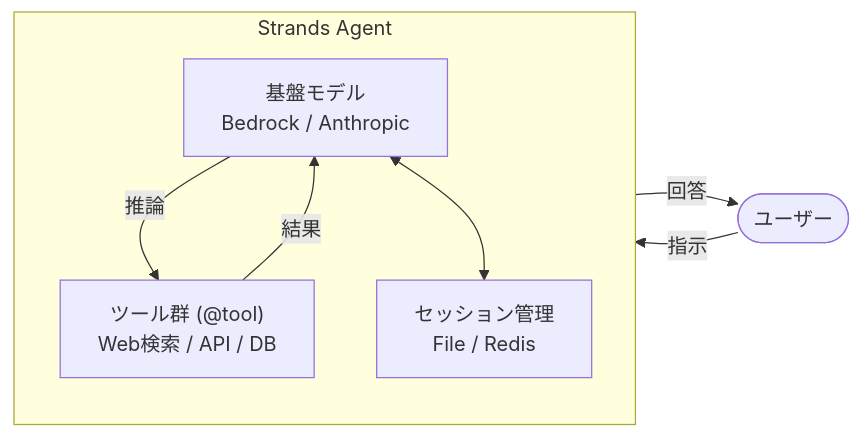
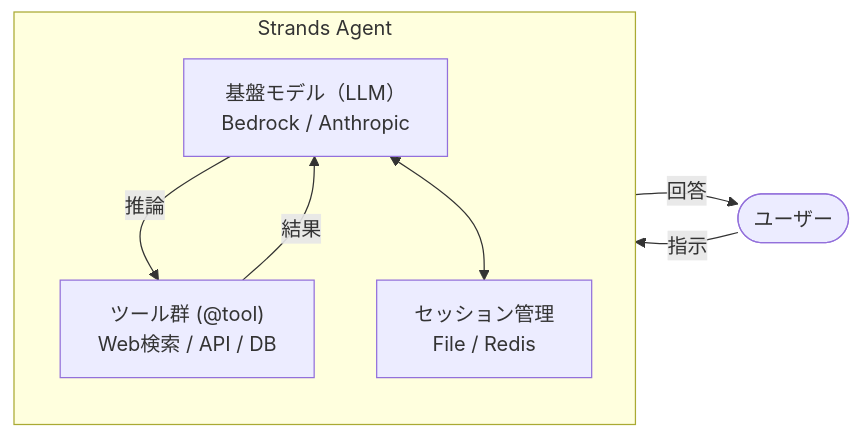
Before and after one commit to awk256/strandsagents: the second of 4 diagrams in 010.基本構成/010-000-000.Strandsエージェントとは.md, drawn with Mermaid. The commit also changed other lines of this file, not shown here.

````diff
--- a/010.基本構成/010-000-000.Strandsエージェントとは.md
+++ b/010.基本構成/010-000-000.Strandsエージェントとは.md
@@ -180,15 +180,15 @@
 ```mermaid
 graph LR
     subgraph Agent [Strands Agent]
         direction TB
-        LLM[基盤モデル<br/>Bedrock / Anthropic]
+        LLM[基盤モデル（LLM）<br/>Bedrock / Anthropic]
         Tool["ツール群 (@tool)<br/>Web検索 / API / DB"]
         Session["セッション管理<br/>File / Redis"]
     end
 
     User([ユーザー]) -- "指示" --> LLM
     LLM -- "推論" --> Tool
     Tool -- "結果" --> LLM
     LLM <--> Session
     LLM -- "回答" --> User
 ```
````
